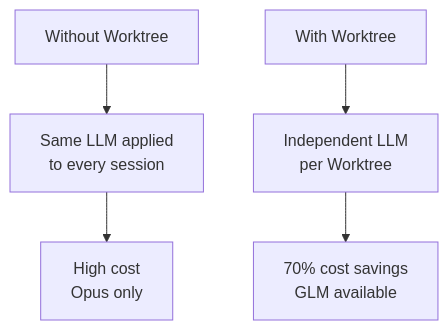
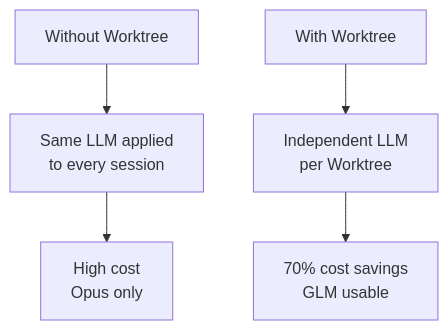
The second of 9 diagrams in docs-site/content/en/worktree/faq.md (modu-ai/moai-adk), drawn with Mermaid before and after one commit. The commit also changed other lines of this file and 180 other files, not shown here.

````diff
--- a/docs-site/content/en/worktree/faq.md
+++ b/docs-site/content/en/worktree/faq.md
@@ -69,8 +68,8 @@
 ```mermaid
 graph TB
     A[Without Worktree] --> B[Same LLM applied<br/>to every session]
     B --> C[High cost<br/>Opus only]
 
     D[With Worktree] --> E[Independent LLM<br/>per Worktree]
-    E --> F[70% cost savings<br/>GLM available]
+    E --> F[70% cost savings<br/>GLM usable]
 ```
````
